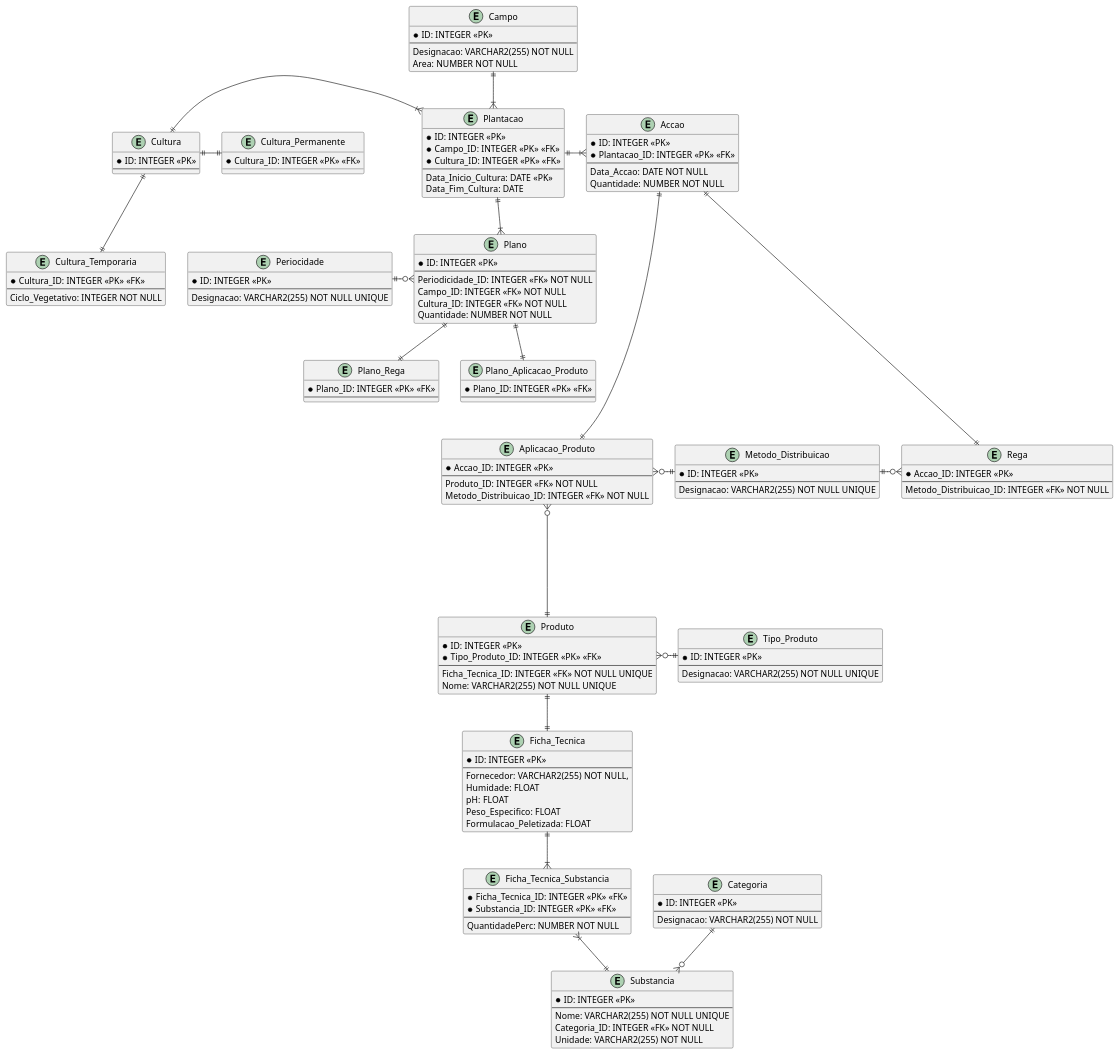
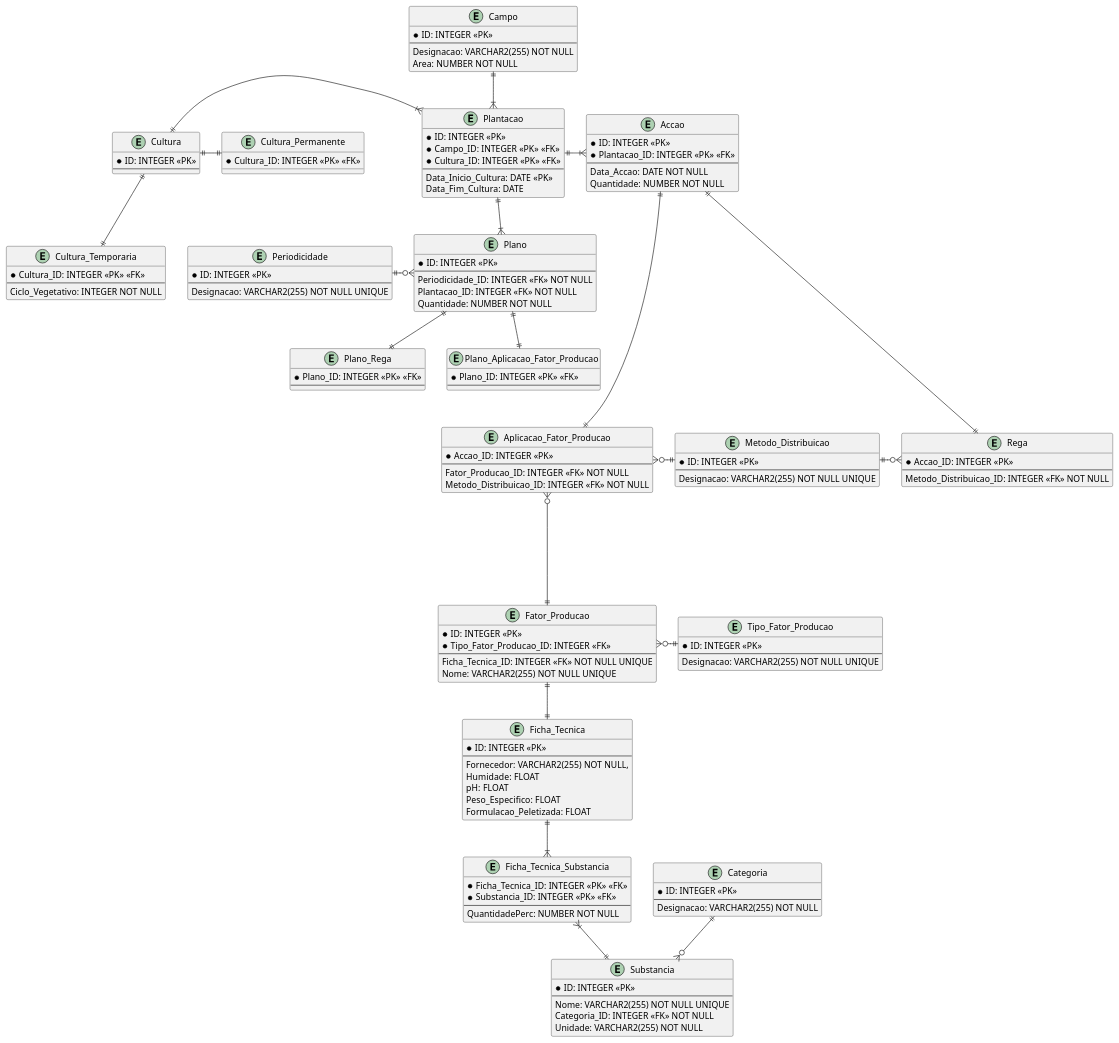
One commit to Mendoncaa/LAPR3 changed the diagram in BDDAD/Quinta-Manutenção.puml. Above: the diagram before and after it, drawn with PlantUML. The commit also changed 4 other files, not shown here.

```diff
--- a/BDDAD/Quinta-Manutenção.puml
+++ b/BDDAD/Quinta-Manutenção.puml
@@ -1,176 +1,175 @@
 @startuml Quinta-Manutenção
 
 /'TODO #1:- Verificar se a Designação de um Campo é única e se estas 
 devem seguir um conjunto de regras;'/
 /'TODO #2:- Determinar o valor minímo de uma qualquer Área;'/
 /'Constraints:- [[Area, CHECK(Area > Mínimo)]]'/
 entity Campo {
     * ID: INTEGER <<PK>>
     --
     Designacao: VARCHAR2(255) NOT NULL
     Area: NUMBER NOT NULL
 }
 
 /'Triggers:-
     #1: Verificar que uma Cultura não é simultaneamente uma Cultura_Temporaria
     e Cultura_Permanente;'/
 entity Cultura {
     * ID: INTEGER <<PK>>
     --
 }
 
 /'Contraints:- [[Ciclo_Vegetativo, CHECK(Ciclo_Vegetativo > 0)], 
 [Ciclo_Vegetativo, CHECK(Ciclo_Vegetativo < 12)]]'/
 entity Cultura_Temporaria {
     * Cultura_ID: INTEGER <<PK>> <<FK>>
     --
     Ciclo_Vegetativo: INTEGER NOT NULL
 }
 
 entity Cultura_Permanente {
     * Cultura_ID: INTEGER <<PK>> <<FK>>
 }
 
 /'Constraints:- [[Campo_ID, Data_Inicio_Cultura, UNIQUE(Campo_ID, Data_Inicio_Cultura)], 
 [Data_Fim_Cultura, CHECK(Data_Fim_Cultura < Data_Inicio_Cultura)]]'/
 entity Plantacao {
     * ID: INTEGER <<PK>>
     * Campo_ID: INTEGER <<PK>> <<FK>>
     * Cultura_ID: INTEGER <<PK>> <<FK>>
     --
     Data_Inicio_Cultura: DATE <<PK>>
     Data_Fim_Cultura: DATE
 }
 
 /'Constraints:- [[Quantidade, CHECK(Quantidade > 0)]]'/
 entity Accao {
     * ID: INTEGER <<PK>>
     *Plantacao_ID: INTEGER <<PK>> <<FK>>
     --
     Data_Accao: DATE NOT NULL
     Quantidade: NUMBER NOT NULL
 }
 
 entity Metodo_Distribuicao {
     * ID: INTEGER <<PK>>
     --
     Designacao: VARCHAR2(255) NOT NULL UNIQUE
 }
 
 entity Rega {
     * Accao_ID: INTEGER <<PK>>
     --
     Metodo_Distribuicao_ID: INTEGER <<FK>> NOT NULL
 }
 
 entity Categoria{
      * ID: INTEGER <<PK>>
     --
     Designacao: VARCHAR2(255) NOT NULL
 }
 
-entity Aplicacao_Produto {
+entity Aplicacao_Fator_Producao {
     * Accao_ID: INTEGER <<PK>>
     --
-    Produto_ID: INTEGER <<FK>> NOT NULL
+    Fator_Producao_ID: INTEGER <<FK>> NOT NULL
     Metodo_Distribuicao_ID: INTEGER <<FK>> NOT NULL
 }
 
-entity Produto {
+entity Fator_Producao {
     * ID: INTEGER <<PK>>
-    *Tipo_Produto_ID: INTEGER <<PK>> <<FK>>
+    *Tipo_Fator_Producao_ID: INTEGER <<FK>>
     --
     Ficha_Tecnica_ID: INTEGER <<FK>> NOT NULL UNIQUE
     Nome: VARCHAR2(255) NOT NULL UNIQUE
 }
 
 
-entity Tipo_Produto {
+entity Tipo_Fator_Producao {
     * ID: INTEGER <<PK>>
     --
     Designacao: VARCHAR2(255) NOT NULL UNIQUE
 }
 
 entity Ficha_Tecnica {
     * ID: INTEGER <<PK>>
     --
     Fornecedor: VARCHAR2(255) NOT NULL,
     Humidade: FLOAT
     pH: FLOAT
     Peso_Especifico: FLOAT
     Formulacao_Peletizada: FLOAT
 }
 
 entity Ficha_Tecnica_Substancia {
     * Ficha_Tecnica_ID: INTEGER <<PK>> <<FK>>
     * Substancia_ID: INTEGER <<PK>> <<FK>>
     --
     QuantidadePerc: NUMBER NOT NULL
 }
 
 entity Substancia {
     * ID: INTEGER <<PK>>
     --
     Nome: VARCHAR2(255) NOT NULL UNIQUE
     Categoria_ID: INTEGER <<FK>> NOT NULL
     Unidade: VARCHAR2(255) NOT NULL
 }
 
 entity Plano {
     * ID: INTEGER <<PK>>
     --
     Periodicidade_ID: INTEGER <<FK>> NOT NULL
-    Campo_ID: INTEGER <<FK>> NOT NULL
-    Cultura_ID: INTEGER <<FK>> NOT NULL
+    Plantacao_ID: INTEGER <<FK>> NOT NULL
     Quantidade: NUMBER NOT NULL
 }
 
-entity Periocidade {
+entity Periodicidade {
     * ID: INTEGER <<PK>>
     --
     Designacao: VARCHAR2(255) NOT NULL UNIQUE
 }
 
 entity Plano_Rega {
     * Plano_ID: INTEGER <<PK>> <<FK>>
     --
 }
 
-entity Plano_Aplicacao_Produto {
+entity Plano_Aplicacao_Fator_Producao {
     * Plano_ID: INTEGER <<PK>> <<FK>>
     --
 }
 
 Campo ||-d-|{ Plantacao
 
 Cultura ||-r-|{ Plantacao
 
 Plantacao ||-r-|{ Accao
 Plantacao ||-d-|{ Plano
 
 Accao ||--d--|| Rega
-Accao ||--d--|| Aplicacao_Produto
+Accao ||--d--|| Aplicacao_Fator_Producao
 
 Metodo_Distribuicao ||-r-o{ Rega
-Metodo_Distribuicao ||-l-o{ Aplicacao_Produto
+Metodo_Distribuicao ||-l-o{ Aplicacao_Fator_Producao
 
-Tipo_Produto ||-l-o{ Produto
+Tipo_Fator_Producao ||-l-o{ Fator_Producao
 Categoria ||-d-o{ Substancia
 
-Produto ||-d-|| Ficha_Tecnica
-Produto ||--u--o{ Aplicacao_Produto
+Fator_Producao ||-d-|| Ficha_Tecnica
+Fator_Producao ||--u--o{ Aplicacao_Fator_Producao
 
 Ficha_Tecnica ||-d-|{ Ficha_Tecnica_Substancia
 
 Substancia ||-u-|{ Ficha_Tecnica_Substancia
 
-Periocidade ||-r-o{ Plano
+Periodicidade ||-r-o{ Plano
 
 Plano_Rega ||-u-|| Plano
 
-Plano_Aplicacao_Produto ||-u-|| Plano
+Plano_Aplicacao_Fator_Producao ||-u-|| Plano
 
 Cultura ||-d-|| Cultura_Temporaria
 Cultura ||-r-|| Cultura_Permanente
 
 @enduml
```
